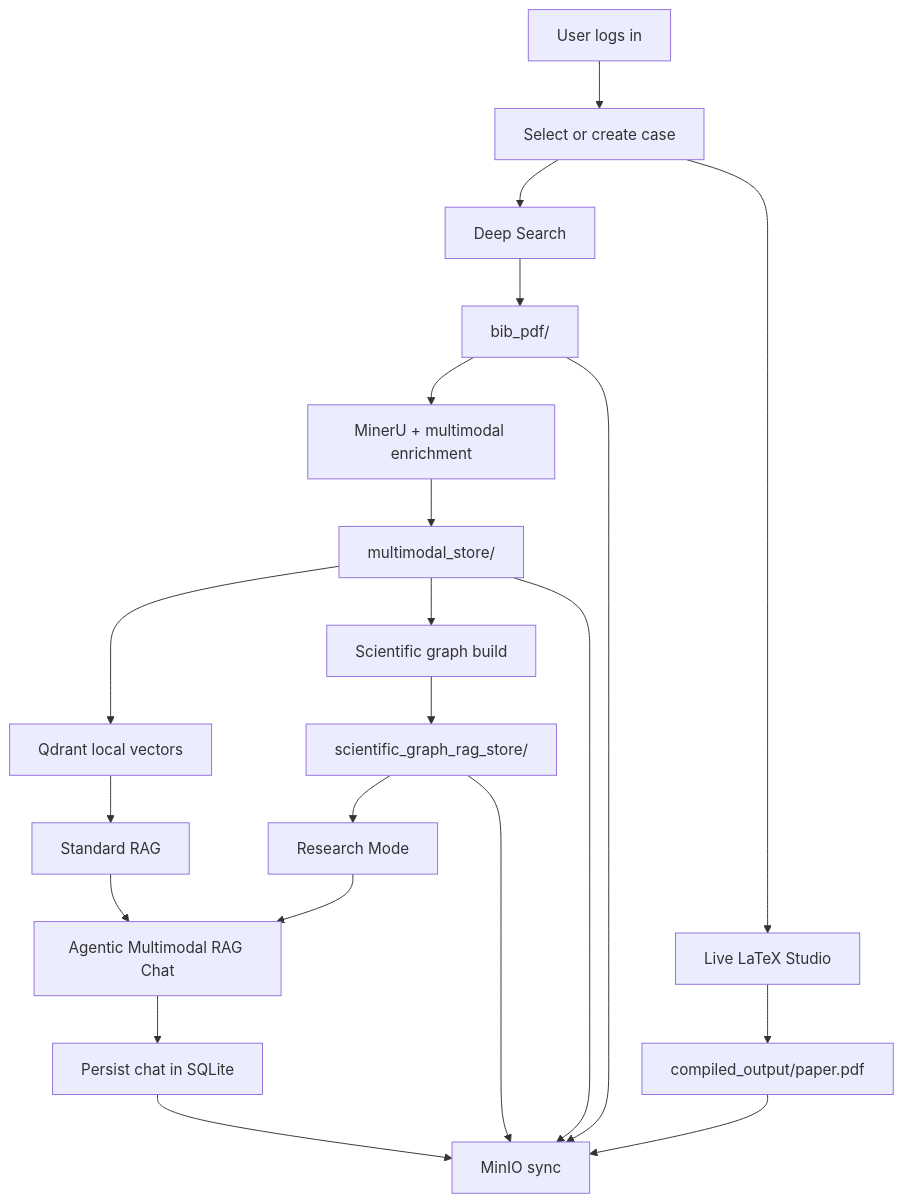
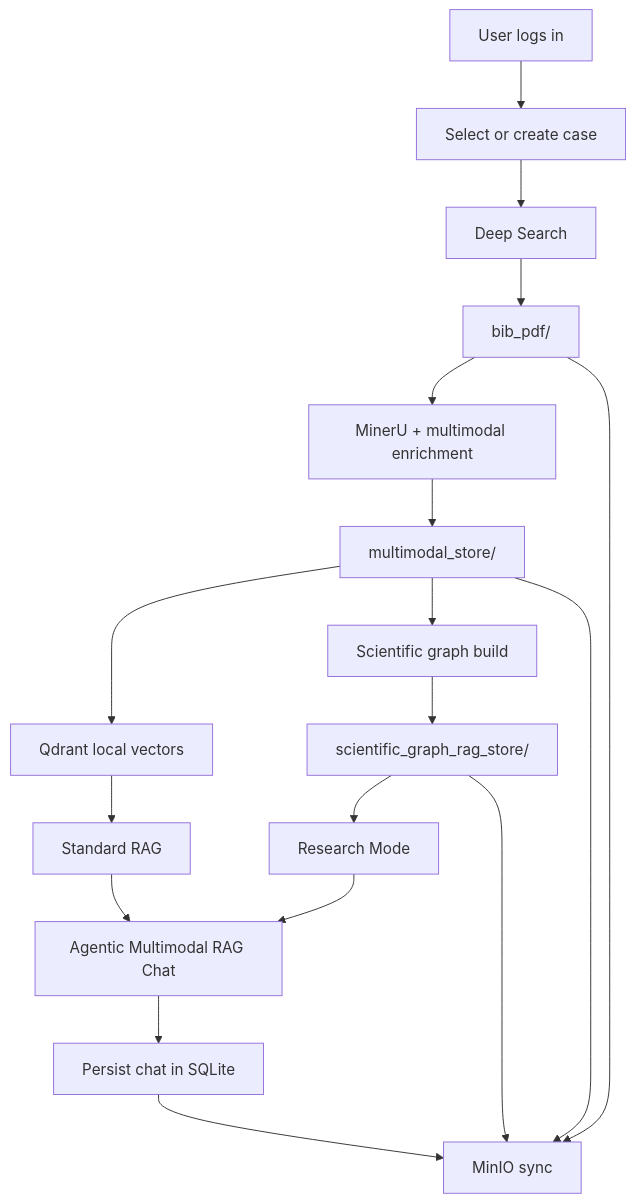
One commit to cherifsid/DeepSciPaper changed the first of 4 diagrams in README.md. Above: the diagram before and after it, drawn with Mermaid. The commit also changed other lines of this file and 4 other files, not shown here.

````diff
--- a/README.md
+++ b/README.md
@@ -62,23 +55,20 @@
 ```mermaid
 flowchart TD
     A[User logs in] --> B[Select or create case]
     B --> C[Deep Search]
     C --> D[bib_pdf/]
     D --> E[MinerU + multimodal enrichment]
     E --> F[multimodal_store/]
     F --> G[Qdrant local vectors]
     F --> H[Scientific graph build]
     H --> I[scientific_graph_rag_store/]
     G --> J[Standard RAG]
     I --> K[Research Mode]
     J --> L[Agentic Multimodal RAG Chat]
     K --> L
     L --> M[Persist chat in SQLite]
-    B --> N[Live LaTeX Studio]
-    N --> O[compiled_output/paper.pdf]
-    D --> P[MinIO sync]
-    F --> P
-    I --> P
-    O --> P
-    M --> P
+    D --> N[MinIO sync]
+    F --> N
+    I --> N
+    M --> N
 ```
````
